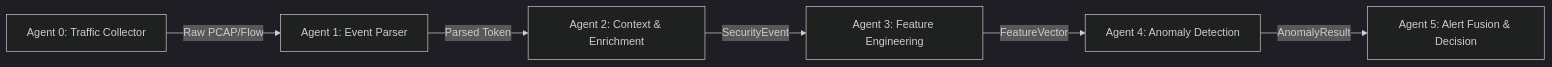
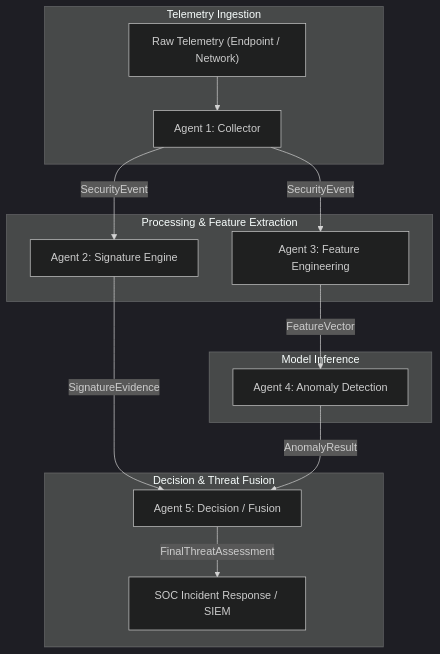
One commit to soc5assistent/mutil-agent-soc-analysist changed the diagram in docs/architecture/system_architecture.md. Above: the diagram before and after it, drawn with Mermaid (dark theme). The commit also changed other lines of this file and 13 other files, not shown here.

Commit message:
docs(architecture): freeze multi-agent contracts

````diff
--- a/docs/architecture/system_architecture.md
+++ b/docs/architecture/system_architecture.md
@@ -11,8 +13,21 @@
 ```mermaid
-flowchart LR
-    A0[Agent 0: Traffic Collector] -->|Raw PCAP/Flow| A1[Agent 1: Event Parser]
-    A1 -->|Parsed Token| A2[Agent 2: Context & Enrichment]
-    A2 -->|SecurityEvent| A3[Agent 3: Feature Engineering]
-    A3 -->|FeatureVector| A4[Agent 4: Anomaly Detection]
-    A4 -->|AnomalyResult| A5[Agent 5: Alert Fusion & Decision]
+flowchart TD
+    subgraph Layer1["Telemetry Ingestion"]
+        RAW["Raw Telemetry (Endpoint / Network)"] --> A1["Agent 1: Collector"]
+    end
+
+    subgraph Layer2["Processing & Feature Extraction"]
+        A1 -->|SecurityEvent| A2["Agent 2: Signature Engine"]
+        A1 -->|SecurityEvent| A3["Agent 3: Feature Engineering"]
+    end
+
+    subgraph Layer3["Model Inference"]
+        A3 -->|FeatureVector| A4["Agent 4: Anomaly Detection"]
+    end
+
+    subgraph Layer4["Decision & Threat Fusion"]
+        A2 -->|SignatureEvidence| A5["Agent 5: Decision / Fusion"]
+        A4 -->|AnomalyResult| A5
+        A5 -->|FinalThreatAssessment| OUT["SOC Incident Response / SIEM"]
+    end
 ```
````
